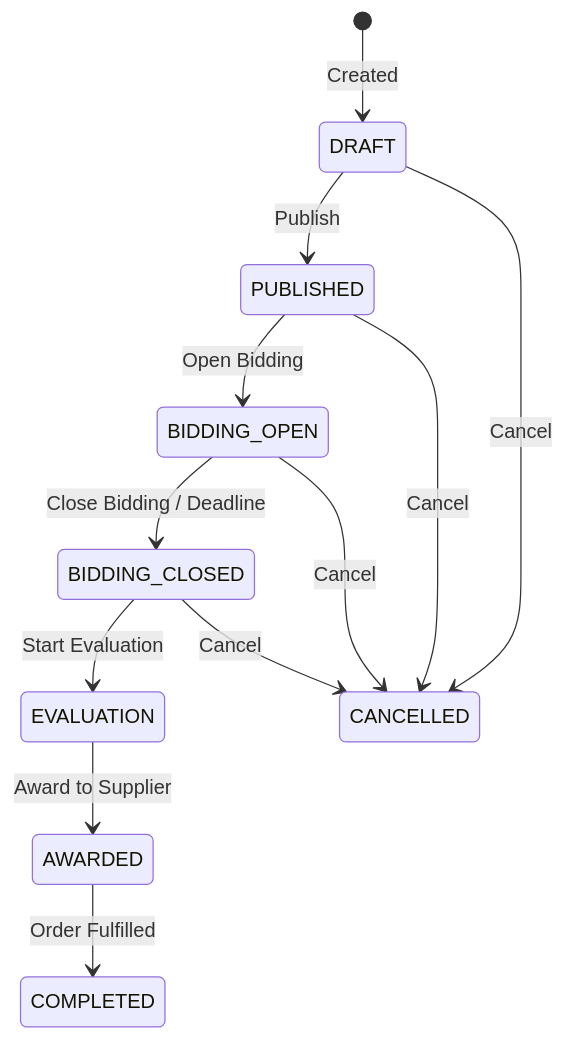
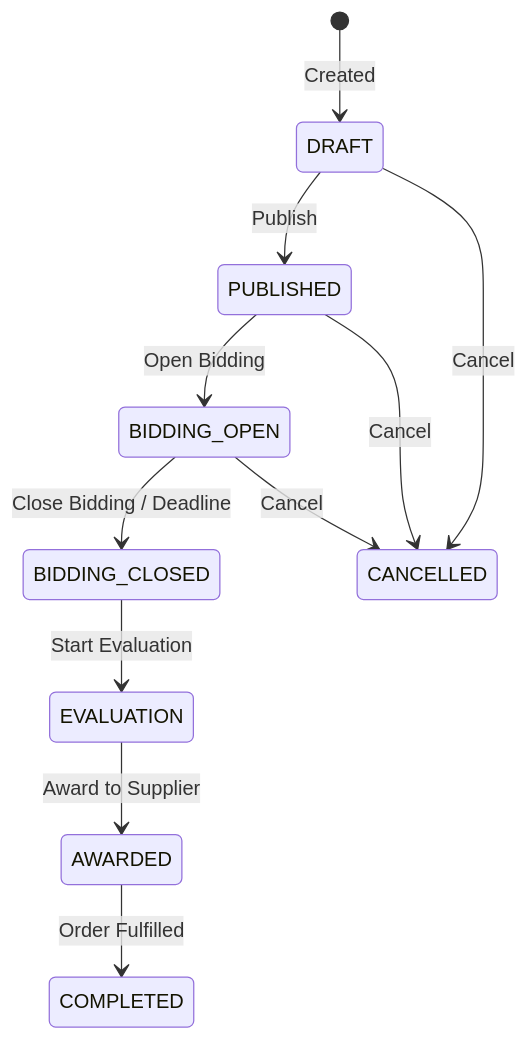
The sixth of 14 diagrams in docs/FEATURES_AND_ARCHITECTURE.md (arunmenon/PortiQ), drawn with Mermaid before and after one commit. The commit also changed other lines of this file and 90 other files, not shown here.

````diff
--- a/docs/FEATURES_AND_ARCHITECTURE.md
+++ b/docs/FEATURES_AND_ARCHITECTURE.md
@@ -558,14 +483,13 @@
 ```mermaid
 stateDiagram-v2
     [*] --> DRAFT: Created
     DRAFT --> PUBLISHED: Publish
     PUBLISHED --> BIDDING_OPEN: Open Bidding
     BIDDING_OPEN --> BIDDING_CLOSED: Close Bidding / Deadline
     BIDDING_CLOSED --> EVALUATION: Start Evaluation
     EVALUATION --> AWARDED: Award to Supplier
     AWARDED --> COMPLETED: Order Fulfilled
     DRAFT --> CANCELLED: Cancel
     PUBLISHED --> CANCELLED: Cancel
     BIDDING_OPEN --> CANCELLED: Cancel
-    BIDDING_CLOSED --> CANCELLED: Cancel
 ```
````
